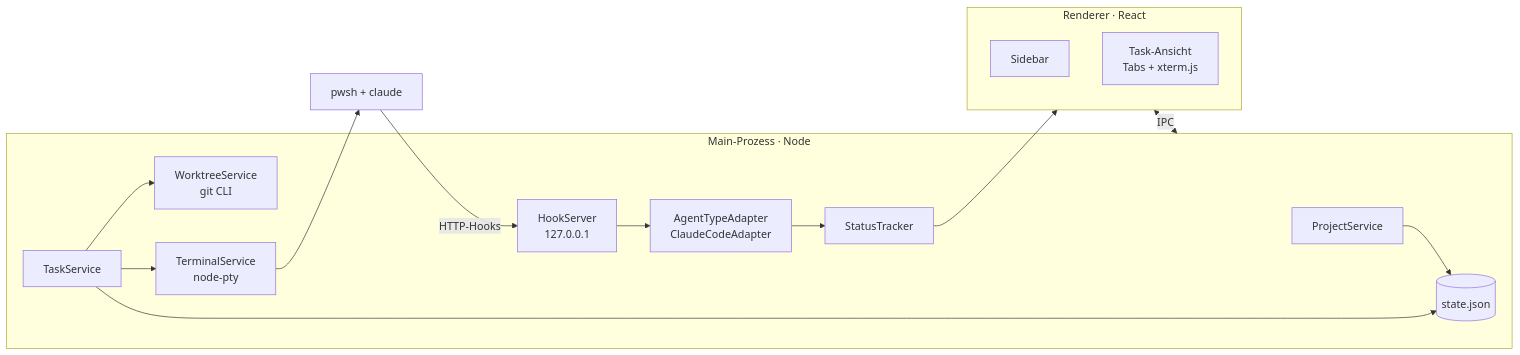
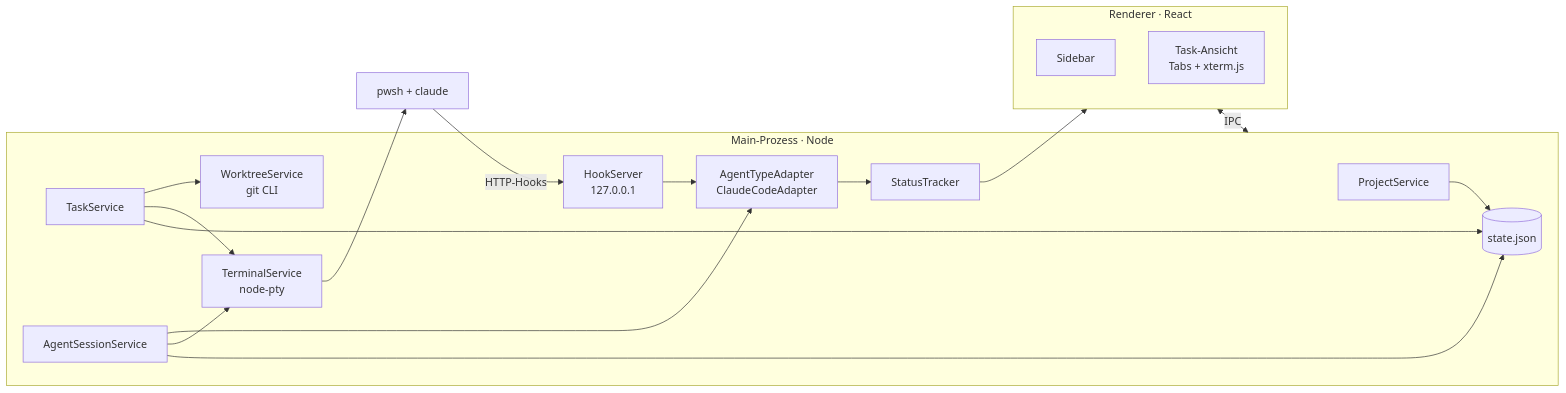
The third of 3 diagrams in docs/konzept.md (viper1979/argus), drawn with Mermaid before and after one commit. The commit also changed other lines of this file and 48 other files, not shown here.

````diff
--- a/docs/konzept.md
+++ b/docs/konzept.md
@@ -119,26 +119,30 @@
 ```mermaid
 flowchart LR
     subgraph Renderer [Renderer · React]
         Sidebar
         TaskView[Task-Ansicht<br/>Tabs + xterm.js]
     end
     subgraph Main [Main-Prozess · Node]
         ProjectService
         TaskService
         WorktreeService[WorktreeService<br/>git CLI]
         TerminalService[TerminalService<br/>node-pty]
+        AgentSessionService
         HookServer[HookServer<br/>127.0.0.1]
         StatusTracker
         Store[(state.json)]
         AgentAdapter[AgentTypeAdapter<br/>ClaudeCodeAdapter]
     end
     Renderer <-- IPC --> Main
     TerminalService --> PS[pwsh + claude]
     PS -- HTTP-Hooks --> HookServer
     HookServer --> AgentAdapter --> StatusTracker
     StatusTracker --> Renderer
     TaskService --> WorktreeService
     TaskService --> TerminalService
+    AgentSessionService --> AgentAdapter
+    AgentSessionService --> TerminalService
+    AgentSessionService --> Store
     ProjectService --> Store
     TaskService --> Store
 ```
````
